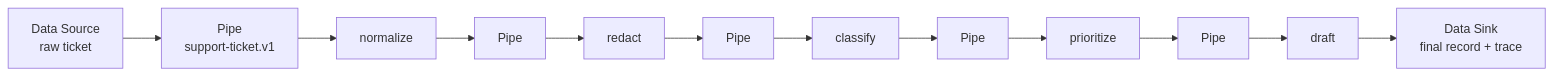
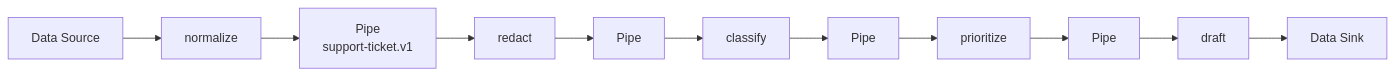
Before and after one commit to MetaInFLow/skillware-patterns: the diagram in patterns/pipes-and-filters/README.md, drawn with Mermaid. The commit also changed other lines of this file and 12 other files, not shown here.

````diff
--- a/patterns/pipes-and-filters/README.md
+++ b/patterns/pipes-and-filters/README.md
@@ -34,14 +20,13 @@
 ```mermaid
 flowchart LR
-    S[Data Source\nraw ticket] --> P1[Pipe\nsupport-ticket.v1]
-    P1 --> N[normalize]
-    N --> P2[Pipe]
-    P2 --> R[redact]
-    R --> P3[Pipe]
-    P3 --> C[classify]
-    C --> P4[Pipe]
-    P4 --> Q[prioritize]
-    Q --> P5[Pipe]
-    P5 --> D[draft]
-    D --> K[Data Sink\nfinal record + trace]
+    S[Data Source] --> N[normalize]
+    N --> P1[Pipe\nsupport-ticket.v1]
+    P1 --> R[redact]
+    R --> P2[Pipe]
+    P2 --> C[classify]
+    C --> P3[Pipe]
+    P3 --> Q[prioritize]
+    Q --> P4[Pipe]
+    P4 --> D[draft]
+    D --> K[Data Sink]
 ```
````
